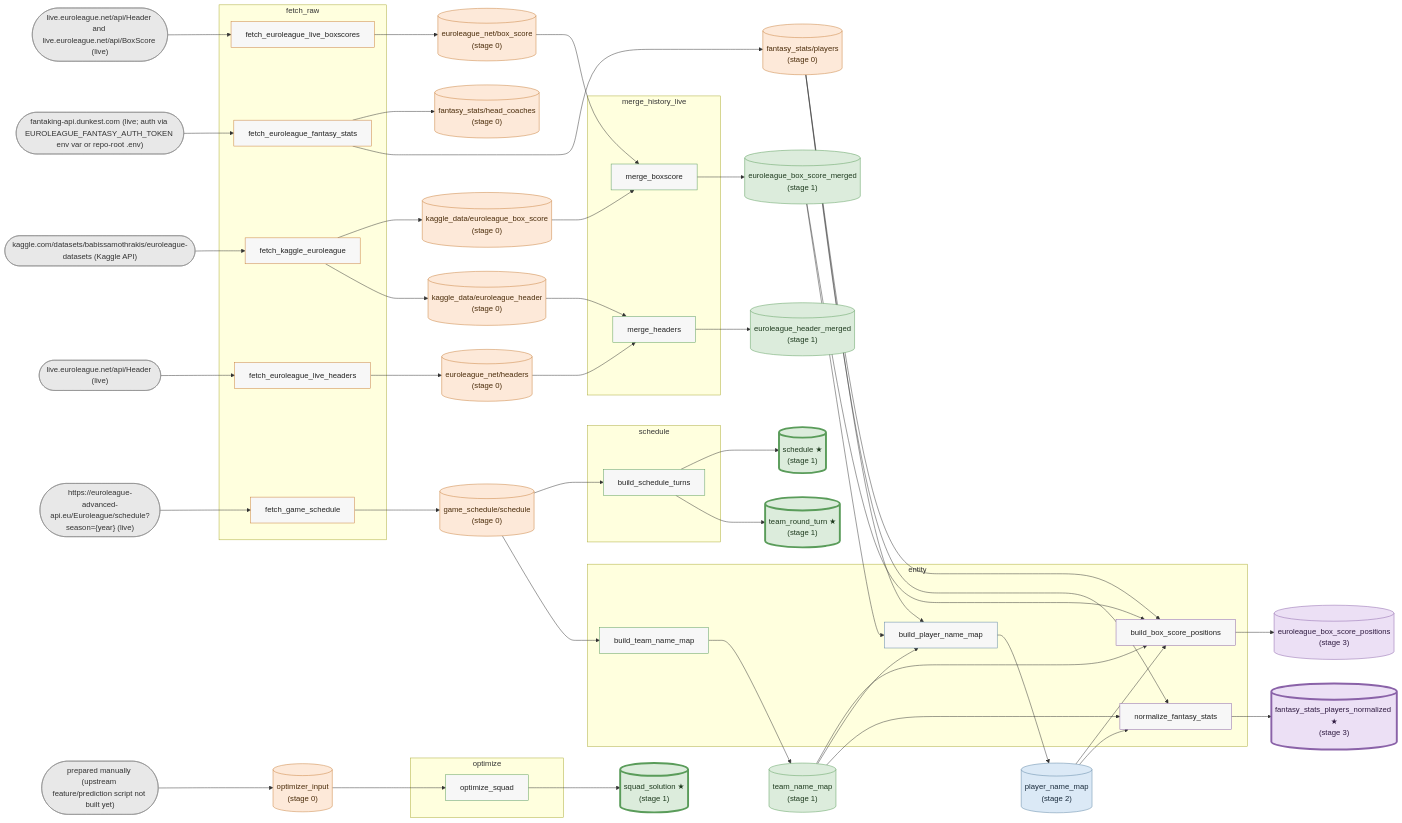
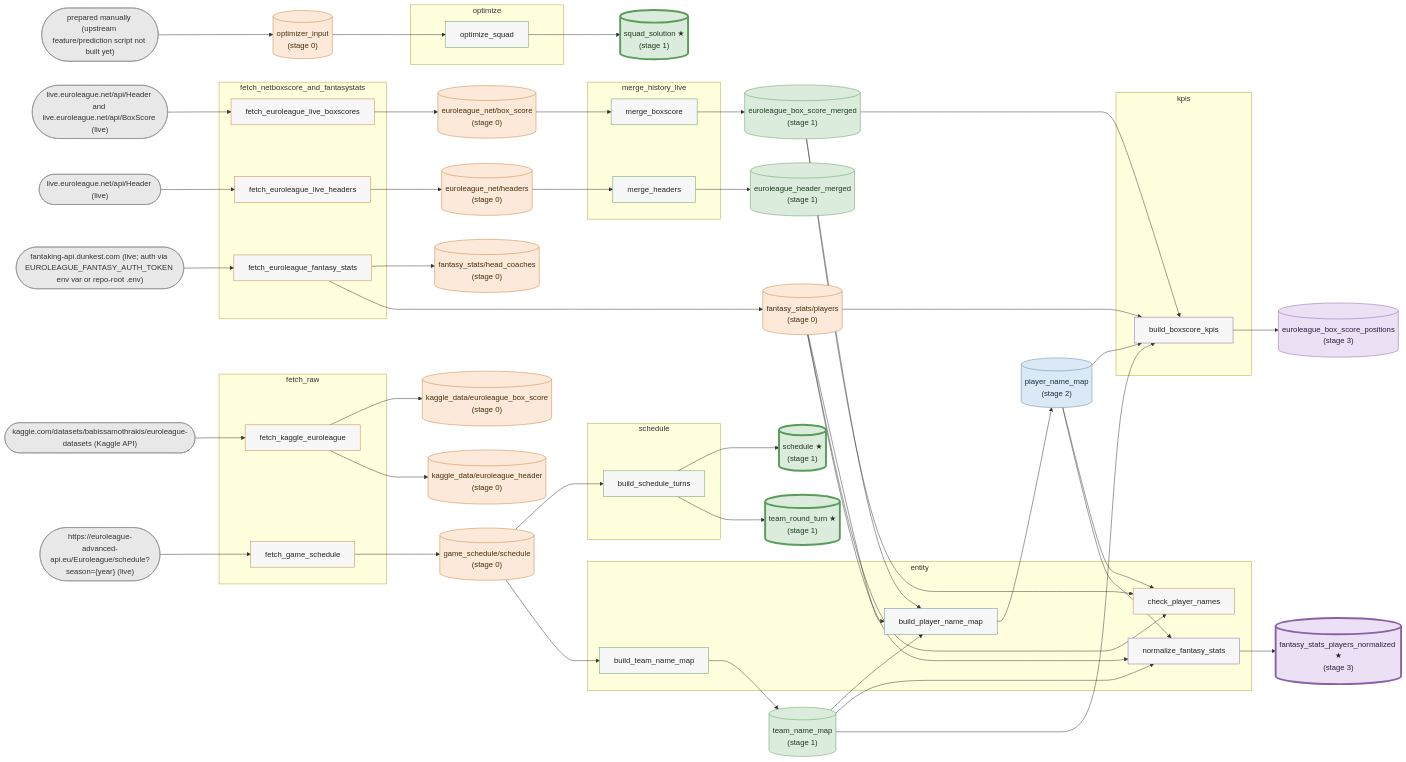
The diagram in docs/data-graph.md (Takfes/indie-euroleague), drawn with Mermaid before and after one commit. The commit also changed 13 other files, not shown here.

First line of the commit message:
feat(entity): add a read-only player name check and wire the update flow into DVC

```diff
--- a/docs/data-graph.md
+++ b/docs/data-graph.md
@@ -16,17 +16,22 @@
 
     %% scripts
     subgraph p_entity["entity"]
-        s_build_box_score_positions["build_box_score_positions"]
         s_build_player_name_map["build_player_name_map"]
         s_build_team_name_map["build_team_name_map"]
+        s_check_player_names["check_player_names"]
         s_normalize_fantasy_stats["normalize_fantasy_stats"]
     end
-    subgraph p_fetch_raw["fetch_raw"]
+    subgraph p_fetch_netboxscore_and_fantasystats["fetch_netboxscore_and_fantasystats"]
         s_fetch_euroleague_fantasy_stats["fetch_euroleague_fantasy_stats"]
         s_fetch_euroleague_live_boxscores["fetch_euroleague_live_boxscores"]
         s_fetch_euroleague_live_headers["fetch_euroleague_live_headers"]
+    end
+    subgraph p_fetch_raw["fetch_raw"]
         s_fetch_game_schedule["fetch_game_schedule"]
         s_fetch_kaggle_euroleague["fetch_kaggle_euroleague"]
+    end
+    subgraph p_kpis["kpis"]
+        s_build_boxscore_kpis["build_boxscore_kpis"]
     end
     subgraph p_merge_history_live["merge_history_live"]
         s_merge_boxscore["merge_boxscore"]
@@ -59,24 +64,25 @@
     d_fantasy_stats_players_normalized[("fantasy_stats_players_normalized ★<br/>(stage 3)")]
 
     %% edges
-    d_euroleague_box_score_merged --> s_build_box_score_positions
+    d_euroleague_box_score_merged --> s_build_boxscore_kpis
     d_euroleague_box_score_merged --> s_build_player_name_map
+    d_euroleague_box_score_merged --> s_check_player_names
     d_euroleague_net_box_score --> s_merge_boxscore
     d_euroleague_net_headers --> s_merge_headers
-    d_fantasy_stats_players --> s_build_box_score_positions
+    d_fantasy_stats_players --> s_build_boxscore_kpis
     d_fantasy_stats_players --> s_build_player_name_map
+    d_fantasy_stats_players --> s_check_player_names
     d_fantasy_stats_players --> s_normalize_fantasy_stats
     d_game_schedule_schedule --> s_build_schedule_turns
     d_game_schedule_schedule --> s_build_team_name_map
-    d_kaggle_data_euroleague_box_score --> s_merge_boxscore
-    d_kaggle_data_euroleague_header --> s_merge_headers
     d_optimizer_input --> s_optimize_squad
-    d_player_name_map --> s_build_box_score_positions
+    d_player_name_map --> s_build_boxscore_kpis
+    d_player_name_map --> s_check_player_names
     d_player_name_map --> s_normalize_fantasy_stats
-    d_team_name_map --> s_build_box_score_positions
+    d_team_name_map --> s_build_boxscore_kpis
     d_team_name_map --> s_build_player_name_map
     d_team_name_map --> s_normalize_fantasy_stats
-    s_build_box_score_positions --> d_euroleague_box_score_positions
+    s_build_boxscore_kpis --> d_euroleague_box_score_positions
     s_build_player_name_map --> d_player_name_map
     s_build_schedule_turns --> d_schedule
     s_build_schedule_turns --> d_team_round_turn
@@ -111,10 +117,10 @@
     classDef stage2 fill:#dbe9f6,stroke:#5b84a3,color:#1a2b3c
     classDef stage3 fill:#ece0f5,stroke:#8a62a8,color:#2f1a40
     classDef stage3_final fill:#ece0f5,stroke:#8a62a8,color:#2f1a40,stroke-width:4px
-    class s_fetch_euroleague_fantasy_stats,s_fetch_euroleague_live_boxscores,s_fetch_euroleague_live_headers,s_fetch_game_schedule,s_fetch_kaggle_euroleague script_stage0
+    class s_check_player_names,s_fetch_euroleague_fantasy_stats,s_fetch_euroleague_live_boxscores,s_fetch_euroleague_live_headers,s_fetch_game_schedule,s_fetch_kaggle_euroleague script_stage0
     class s_build_schedule_turns,s_build_team_name_map,s_merge_boxscore,s_merge_headers,s_optimize_squad script_stage1
     class s_build_player_name_map script_stage2
-    class s_build_box_score_positions,s_normalize_fantasy_stats script_stage3
+    class s_build_boxscore_kpis,s_normalize_fantasy_stats script_stage3
     class x_fantaking_api_dunkest_com__live__auth_via_EUROLEAGUE_FANTASY_AUTH_TOKEN_env_var_or_repo_root__env_,x_https___euroleague_advanced_api_eu_Euroleague_schedule_season__year___live_,x_kaggle_com_datasets_babissamothrakis_euroleague_datasets__Kaggle_API_,x_live_euroleague_net_api_Header__live_,x_live_euroleague_net_api_Header_and_live_euroleague_net_api_BoxScore__live_,x_prepared_manually__upstream_feature_prediction_script_not_built_yet_ source
     class d_euroleague_net_box_score,d_euroleague_net_headers,d_fantasy_stats_head_coaches,d_fantasy_stats_players,d_game_schedule_schedule,d_kaggle_data_euroleague_box_score,d_kaggle_data_euroleague_header,d_optimizer_input stage0
     class d_euroleague_box_score_merged,d_euroleague_header_merged,d_team_name_map stage1
```
